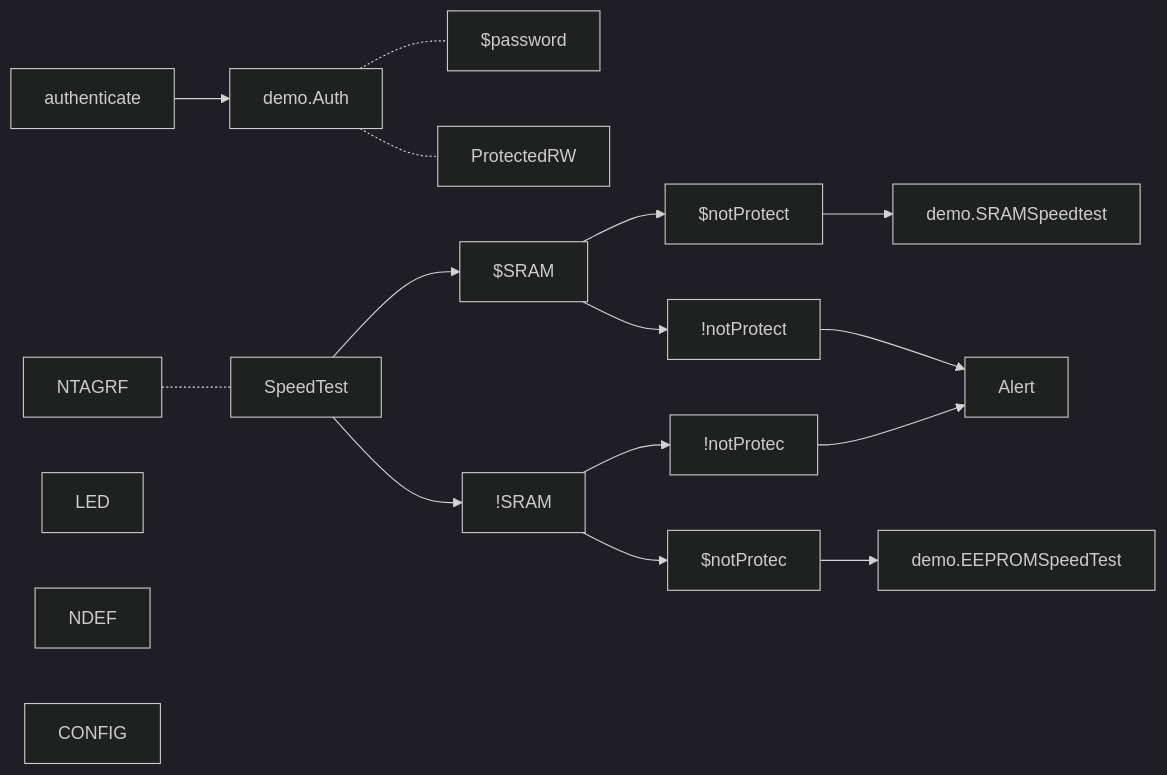
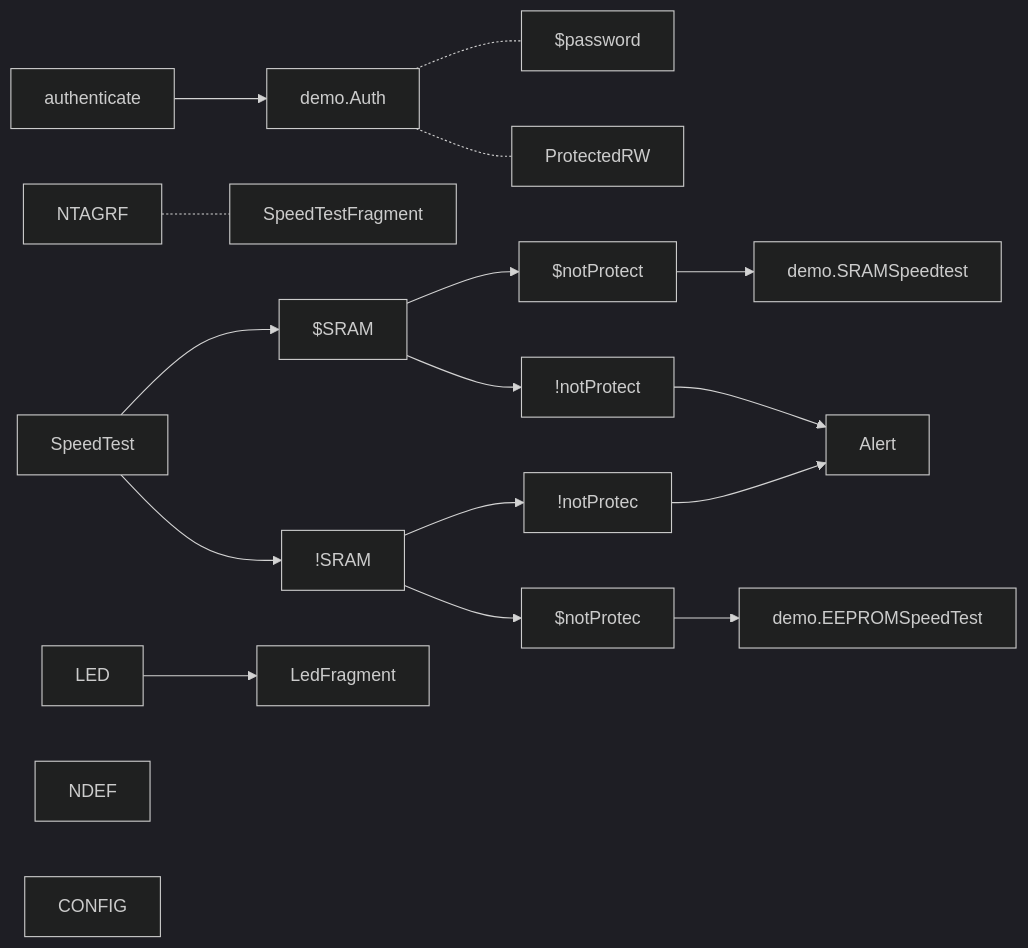
The fifth of 5 diagrams in nxp/MainActivity.md (gordianknotC/nxp_note), drawn with Mermaid (dark theme) before and after one commit. The commit also changed other lines of this file, not shown here.

Commit message:
nxp/MainActivity.md updated from https://stackedit.io/

````diff
--- a/nxp/MainActivity.md
+++ b/nxp/MainActivity.md
@@ -56,21 +56,28 @@
 ```mermaid
 graph LR
 authenticate --> demo.Auth
 demo.Auth -.- $password
 demo.Auth -.- ProtectedRW
-NTAGRF -.- SpeedTest
+
+
+
+NTAGRF -.- SpeedTestFragment
 SpeedTest --> $SRAM
 SpeedTest --> !SRAM
 $SRAM --> $notProtect
 $SRAM --> !notProtect
 $notProtect--> demo.SRAMSpeedtest
 !notProtect--> Alert
 !SRAM --> $notProtec
 !SRAM --> !notProtec
 $notProtec --> demo.EEPROMSpeedTest
 !notProtec --> Alert
 
-LED
+
+LED --> LedFragment
+
+
+
 NDEF
 CONFIG
 ```
````
